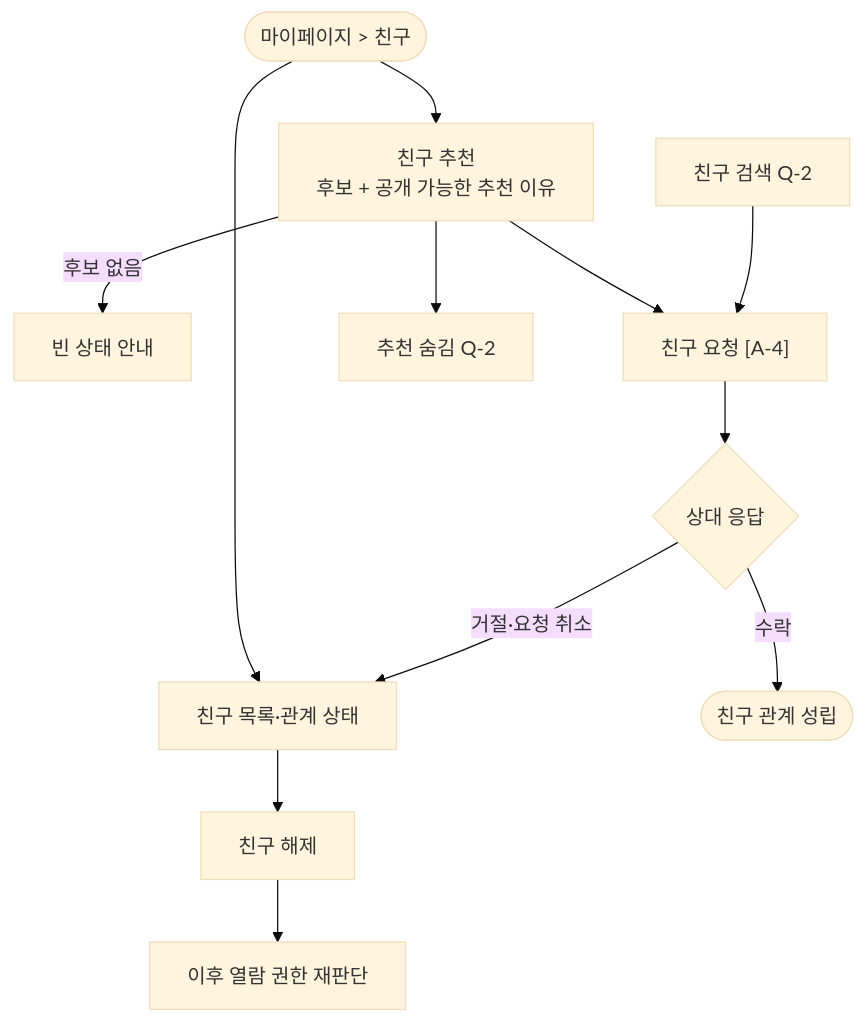
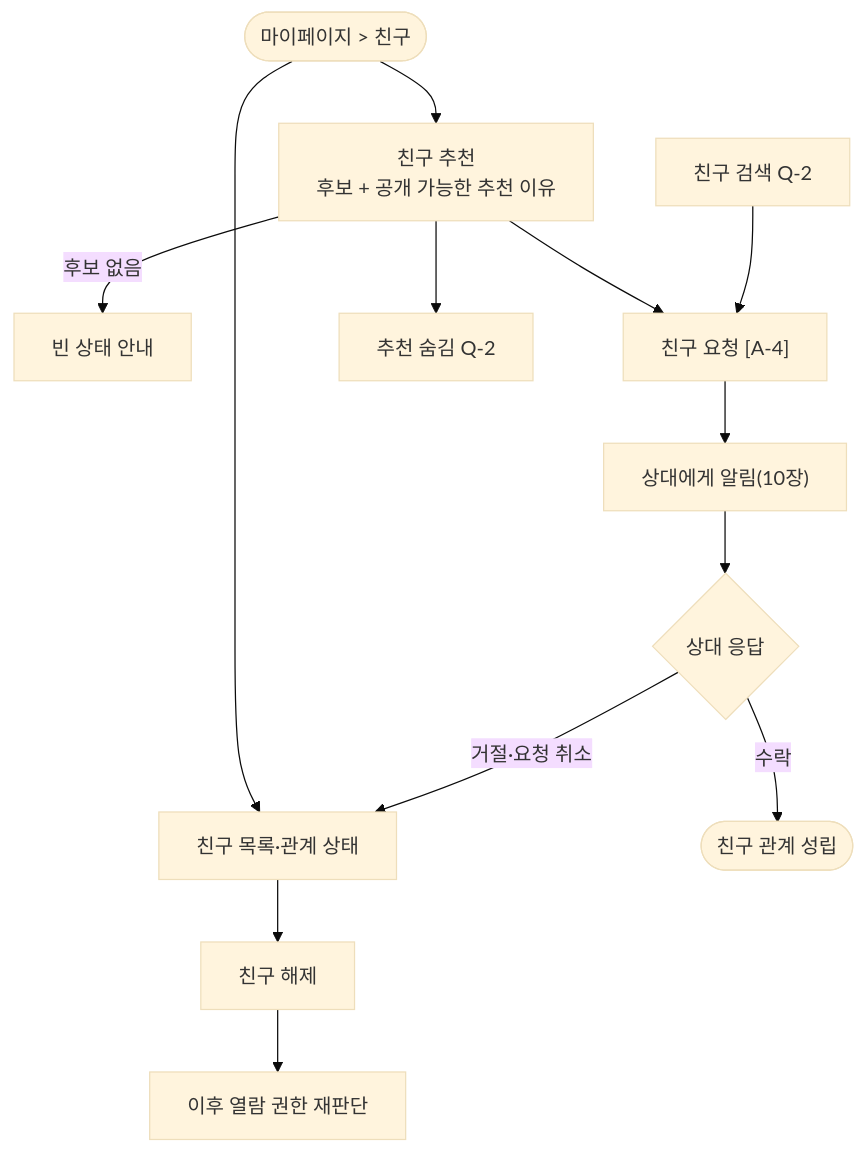
Before and after one commit to a204-eodilog/eodilog: the fourth of 25 diagrams in docs/flow/user-flow.md, drawn with Mermaid (base theme). The commit also changed other lines of this file and 1 other file, not shown here.

````diff
--- a/docs/flow/user-flow.md
+++ b/docs/flow/user-flow.md
@@ -104,13 +111,13 @@
 ```mermaid
 flowchart TD
     MY(["마이페이지 > 친구"]) --> LIST["친구 목록·관계 상태"]
     MY --> REC["친구 추천<br/>후보 + 공개 가능한 추천 이유"]
     REC -- "후보 없음" --> EMP["빈 상태 안내"]
     REC --> REQ["친구 요청 [A-4]"]
     SRCH["친구 검색 Q-2"] --> REQ
-    REQ --> RCV{"상대 응답"}
+    REQ --> NT["상대에게 알림(10장)"] --> RCV{"상대 응답"}
     RCV -- "수락" --> FR(["친구 관계 성립"])
     RCV -- "거절·요청 취소" --> LIST
     LIST --> UNF["친구 해제"] --> RE["이후 열람 권한 재판단"]
     REC --> HIDE["추천 숨김 Q-2"]
 ```
````
